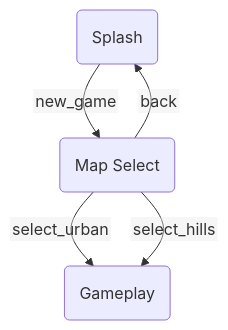
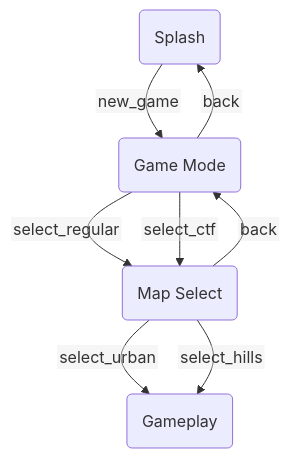
Before and after one commit to TheDeepestSpace/tbgwaf: the diagram in flow/app_flow.mmd, drawn with Mermaid. The commit also changed 5 other files, not shown here.

Commit message:
Add Game Mode screen (Regular/CTF) before map select

```diff
--- a/flow/app_flow.mmd
+++ b/flow/app_flow.mmd
@@ -1,9 +1,13 @@
 %%{init: {"flowchart": {"htmlLabels": false}, "themeVariables": {"fontFamily": "Arial, sans-serif"}}}%%
 flowchart TD
     splash("  Splash  ")
+    game_mode("  Game Mode  ")
     map_select("  Map Select  ")
     gameplay("  Gameplay  ")
-    splash -->|new_game| map_select
+    splash -->|new_game| game_mode
+    game_mode -->|select_regular| map_select
+    game_mode -->|select_ctf| map_select
+    game_mode -->|back| splash
     map_select -->|select_urban| gameplay
     map_select -->|select_hills| gameplay
-    map_select -->|back| splash
+    map_select -->|back| game_mode
```
